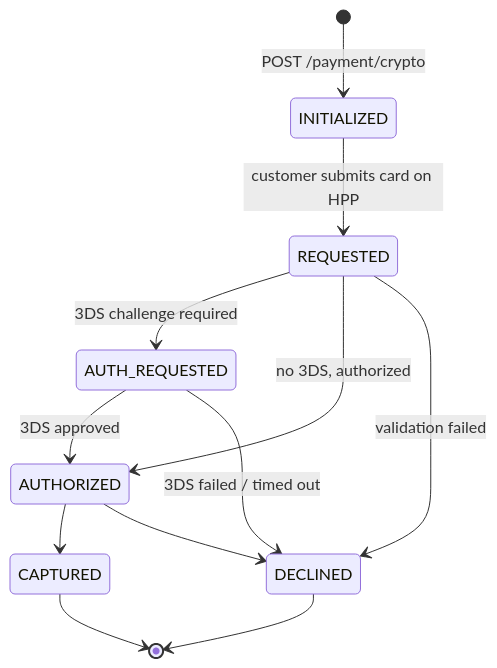
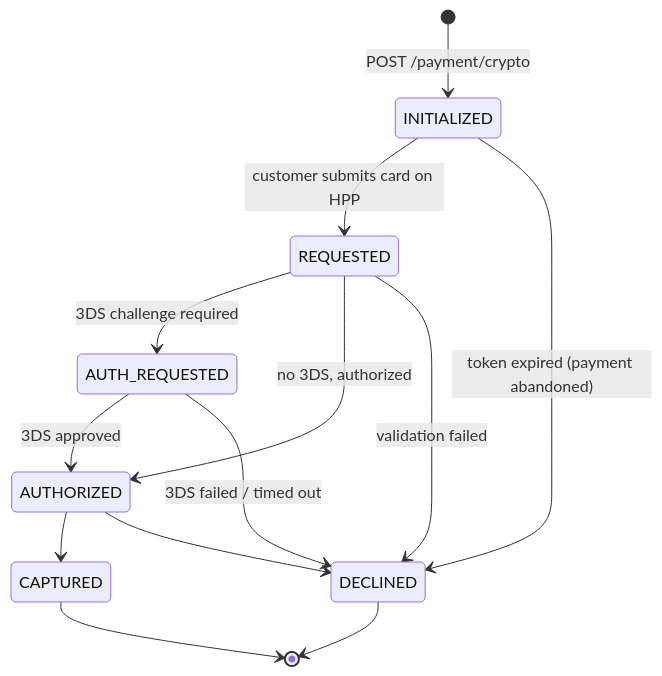
The second of 2 diagrams in docs/crypto-payments.md (KumaaGroup/platform-merchant-api), drawn with Mermaid before and after one commit. The commit also changed other lines of this file and 4 other files, not shown here.

````diff
--- a/docs/crypto-payments.md
+++ b/docs/crypto-payments.md
@@ -151,14 +151,15 @@
 ```mermaid
 stateDiagram-v2
     [*] --> INITIALIZED: POST /payment/crypto
     INITIALIZED --> REQUESTED: customer submits card on HPP
+    INITIALIZED --> DECLINED: token expired (payment abandoned)
     REQUESTED --> AUTH_REQUESTED: 3DS challenge required
     REQUESTED --> AUTHORIZED: no 3DS, authorized
     REQUESTED --> DECLINED: validation failed
     AUTH_REQUESTED --> AUTHORIZED: 3DS approved
     AUTH_REQUESTED --> DECLINED: 3DS failed / timed out
     AUTHORIZED --> CAPTURED
     AUTHORIZED --> DECLINED
     CAPTURED --> [*]
     DECLINED --> [*]
 ```
````
